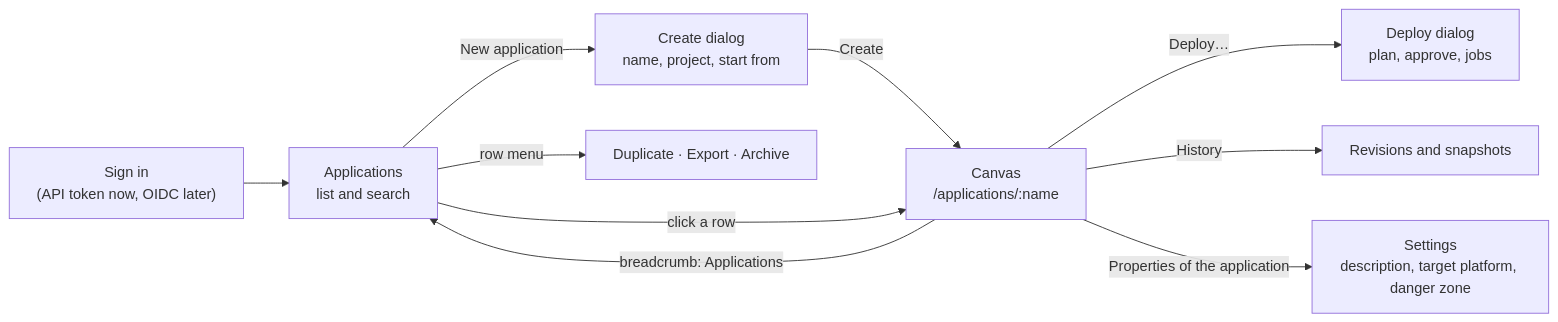
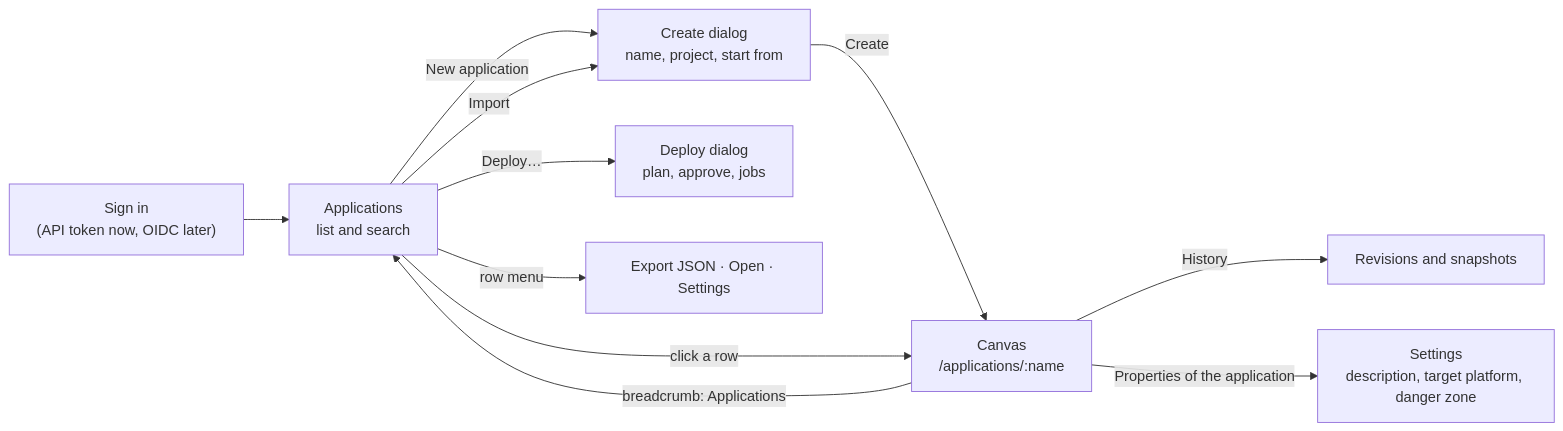
Before and after one commit to Apelora/apelora.github.io: the first of 3 diagrams in content/docs/design/applications-view.md, drawn with Mermaid. The commit also changed other lines of this file and 142 other files, not shown here.

Commit message:
Documentation follows the new Studio: deploying from the Applications list, autosave and rename by double-click, Shut down, Stop and Migrate, import and export; new Studio screenshots on the site; ADR 0015

````diff
--- a/content/docs/design/applications-view.md
+++ b/content/docs/design/applications-view.md
@@ -22,12 +22,13 @@
 ```mermaid
 flowchart LR
   SI["Sign in<br/>(API token now, OIDC later)"] --> LIST["Applications<br/>list and search"]
   LIST -- "New application" --> NEW["Create dialog<br/>name, project, start from"]
   NEW -- "Create" --> CANVAS
   LIST -- "click a row" --> CANVAS["Canvas<br/>/applications/:name"]
   CANVAS -- "breadcrumb: Applications" --> LIST
-  CANVAS -- "Deploy…" --> DEP["Deploy dialog<br/>plan, approve, jobs"]
+  LIST -- "Deploy…" --> DEP["Deploy dialog<br/>plan, approve, jobs"]
+  LIST -- "Import" --> NEW
   CANVAS -- "History" --> REV["Revisions and snapshots"]
   CANVAS -- "Properties of the application" --> SET["Settings<br/>description, target platform, danger zone"]
-  LIST -- "row menu" --> ACT["Duplicate · Export · Archive"]
+  LIST -- "row menu" --> ACT["Export JSON · Open · Settings"]
 ```
````
